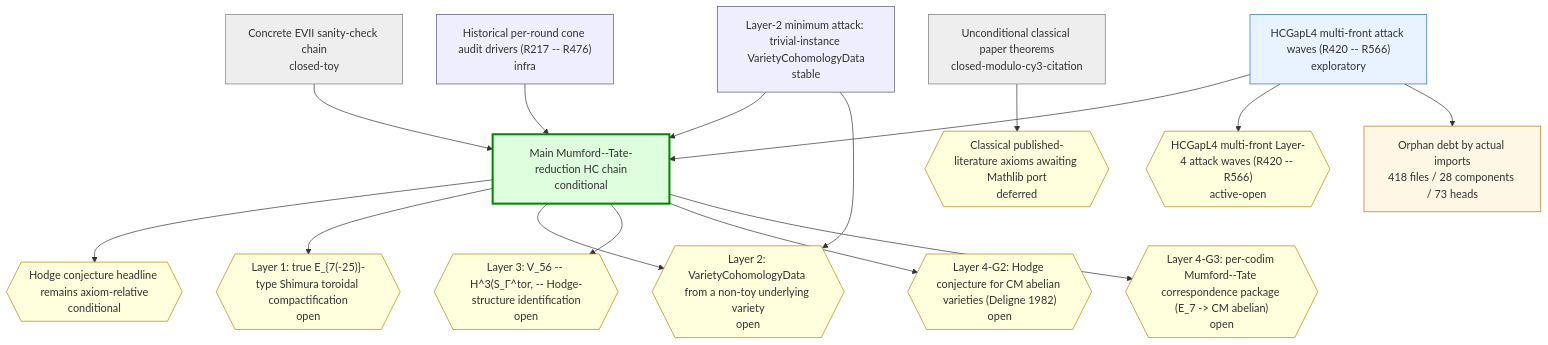
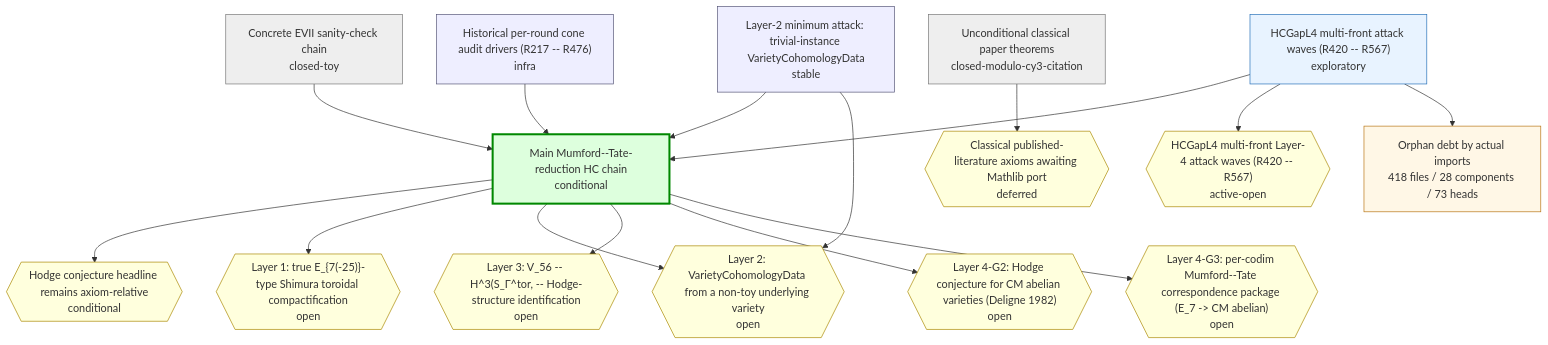
Before and after one commit to crabsatellite/hodge-conjecture-lean4-formalization: the first of 2 diagrams in chain-status/research-map.md, drawn with Mermaid. The commit also changed other lines of this file and 7 other files, not shown here.

````diff
--- a/chain-status/research-map.md
+++ b/chain-status/research-map.md
@@ -45,44 +45,44 @@
 ```mermaid
 graph TD
   classDef main fill:#dfd,stroke:#080,stroke-width:3px
   classDef active fill:#e8f3ff,stroke:#2670b8
   classDef support fill:#eef,stroke:#557
   classDef closed fill:#eee,stroke:#777
   classDef dead fill:#fdd,stroke:#a00,stroke-width:2px
   classDef gapOpen fill:#ffd,stroke:#a80
   classDef gapClosed fill:#eee,stroke:#777
   classDef gapDead fill:#fdd,stroke:#a00
   classDef debt fill:#fff7e6,stroke:#b87514
   classDef debtTaxonomy fill:#e8f3ff,stroke:#2670b8,stroke-dasharray:3 3
   classDef debtRule fill:#eefbea,stroke:#398439,stroke-dasharray:3 3
   classDef debtDead fill:#fdd,stroke:#a00,stroke-dasharray:3 3
   chain_main_hc_axiom_relative["Main Mumford--Tate-reduction HC chain\nconditional"]:::main
   chain_unconditional_classical["Unconditional classical paper theorems\nclosed-modulo-cy3-citation"]:::closed
   chain_hcgap_l2_trivial_instances["Layer-2 minimum attack: trivial-instance VarietyCohomologyData\nstable"]:::support
-  chain_hcgap_l4_multifront_active["HCGapL4 multi-front attack waves (R420 -- R566)\nexploratory"]:::active
+  chain_hcgap_l4_multifront_active["HCGapL4 multi-front attack waves (R420 -- R567)\nexploratory"]:::active
   chain_concrete_evii_toy["Concrete EVII sanity-check chain\nclosed-toy"]:::closed
   chain_historical_cone_audits["Historical per-round cone audit drivers (R217 -- R476)\ninfra"]:::support
   gap_G_main_hc{{"Hodge conjecture headline remains axiom-relative\nconditional"}}:::gapOpen
   gap_G_l1_e7_shimura_tor{{"Layer 1: true E_{7(-25)}-type Shimura toroidal compactification\nopen"}}:::gapOpen
   gap_G_l2_cohomology_construction{{"Layer 2: VarietyCohomologyData from a non-toy underlying variety\nopen"}}:::gapOpen
   gap_G_l3_v56_mt_identification{{"Layer 3: V_56 -- H^3(S_Γ^tor, -- Hodge-structure identification\nopen"}}:::gapOpen
   gap_G_l4_cm_abelian_hc{{"Layer 4-G2: Hodge conjecture for CM abelian varieties (Deligne 1982)\nopen"}}:::gapOpen
   gap_G_l4_mt_correspondence{{"Layer 4-G3: per-codim Mumford--Tate correspondence package (E_7 -> CM abelian)\nopen"}}:::gapOpen
   gap_G_classical_mathlib_port{{"Classical published-literature axioms awaiting Mathlib port\ndeferred"}}:::gapOpen
-  gap_G_hcgap_l4_multifront{{"HCGapL4 multi-front Layer-4 attack waves (R420 -- R566)\nactive-open"}}:::gapOpen
+  gap_G_hcgap_l4_multifront{{"HCGapL4 multi-front Layer-4 attack waves (R420 -- R567)\nactive-open"}}:::gapOpen
   chain_main_hc_axiom_relative --> gap_G_main_hc
   chain_main_hc_axiom_relative --> gap_G_l1_e7_shimura_tor
   chain_main_hc_axiom_relative --> gap_G_l2_cohomology_construction
   chain_main_hc_axiom_relative --> gap_G_l3_v56_mt_identification
   chain_main_hc_axiom_relative --> gap_G_l4_cm_abelian_hc
   chain_main_hc_axiom_relative --> gap_G_l4_mt_correspondence
   chain_unconditional_classical --> gap_G_classical_mathlib_port
   chain_hcgap_l2_trivial_instances --> chain_main_hc_axiom_relative
   chain_hcgap_l2_trivial_instances --> gap_G_l2_cohomology_construction
   chain_hcgap_l4_multifront_active --> chain_main_hc_axiom_relative
   chain_hcgap_l4_multifront_active --> gap_G_hcgap_l4_multifront
   chain_concrete_evii_toy --> chain_main_hc_axiom_relative
   chain_historical_cone_audits --> chain_main_hc_axiom_relative
   debt_all["Orphan debt by actual imports\n418 files / 28 components / 73 heads"]:::debt
   chain_hcgap_l4_multifront_active --> debt_all
 ```
````
